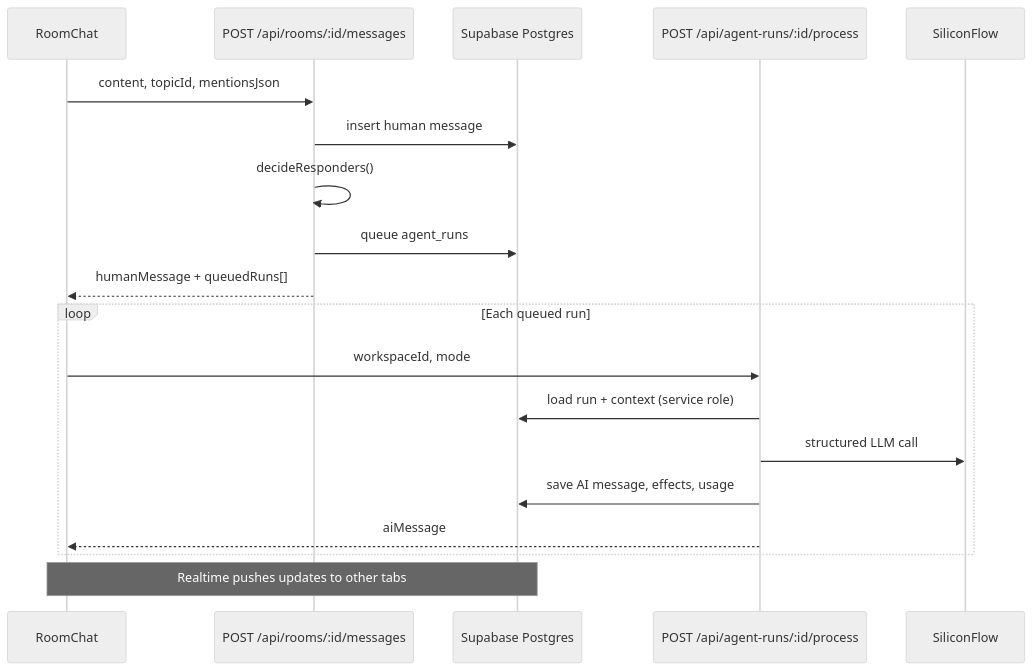
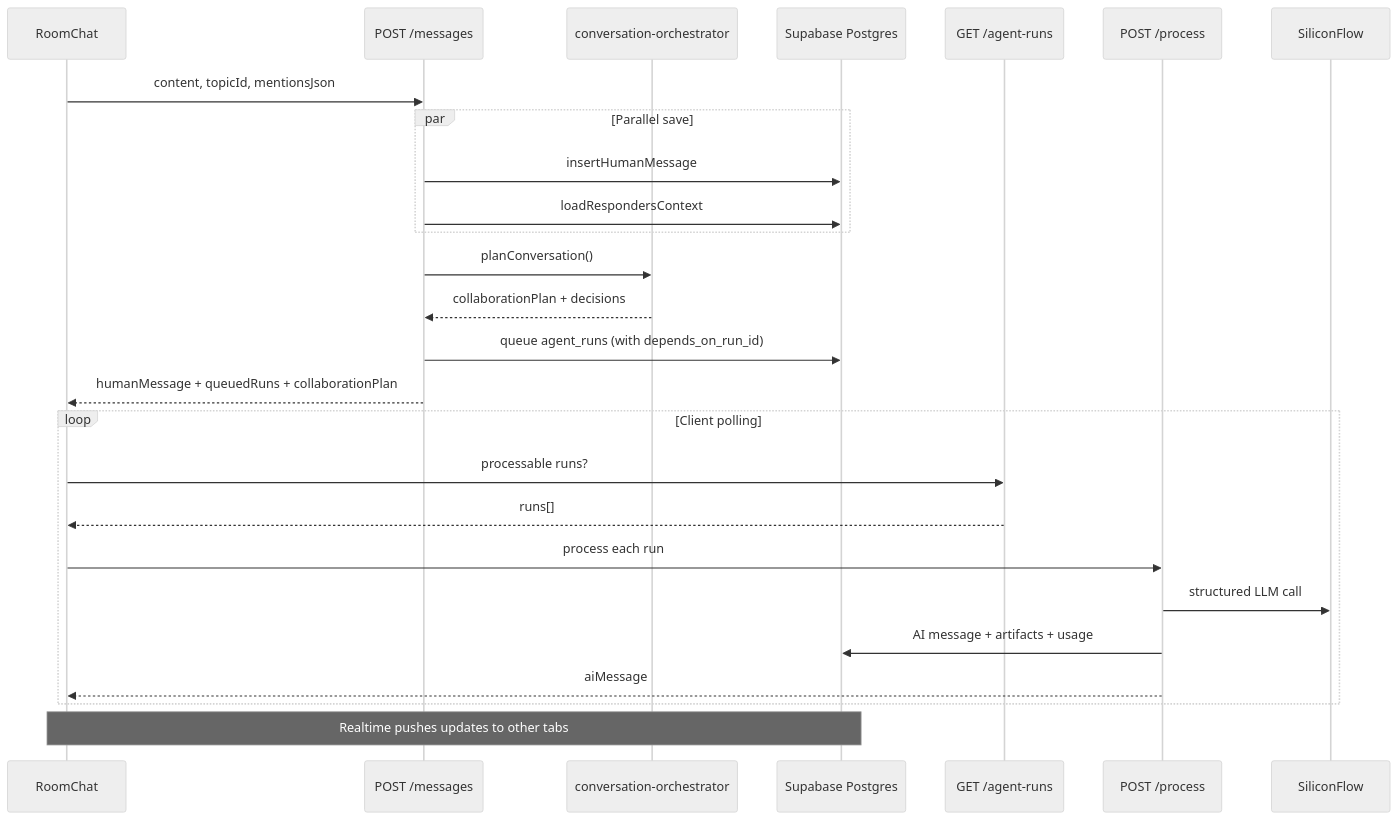
The first of 2 diagrams in platform/architecture.mdx (NexCache-Official/docs), drawn with Mermaid (neutral theme) before and after one commit. The commit also changed other lines of this file and 22 other files, not shown here.

````diff
--- a/platform/architecture.mdx
+++ b/platform/architecture.mdx
@@ -43,22 +46,29 @@
 ```mermaid
 sequenceDiagram
   participant UI as RoomChat
-  participant API as POST /api/rooms/:id/messages
+  participant API as POST /messages
+  participant Orch as conversation-orchestrator
   participant DB as Supabase Postgres
-  participant Proc as POST /api/agent-runs/:id/process
+  participant Poll as GET /agent-runs
+  participant Proc as POST /process
   participant SF as SiliconFlow
 
   UI->>API: content, topicId, mentionsJson
-  API->>DB: insert human message
-  API->>API: decideResponders()
-  API->>DB: queue agent_runs
-  API-->>UI: humanMessage + queuedRuns[]
-  loop Each queued run
-    UI->>Proc: workspaceId, mode
-    Proc->>DB: load run + context (service role)
+  par Parallel save
+    API->>DB: insertHumanMessage
+    API->>DB: loadRespondersContext
+  end
+  API->>Orch: planConversation()
+  Orch-->>API: collaborationPlan + decisions
+  API->>DB: queue agent_runs (with depends_on_run_id)
+  API-->>UI: humanMessage + queuedRuns + collaborationPlan
+  loop Client polling
+    UI->>Poll: processable runs?
+    Poll-->>UI: runs[]
+    UI->>Proc: process each run
     Proc->>SF: structured LLM call
-    Proc->>DB: save AI message, effects, usage
+    Proc->>DB: AI message + artifacts + usage
     Proc-->>UI: aiMessage
   end
   Note over UI,DB: Realtime pushes updates to other tabs
 ```
````
